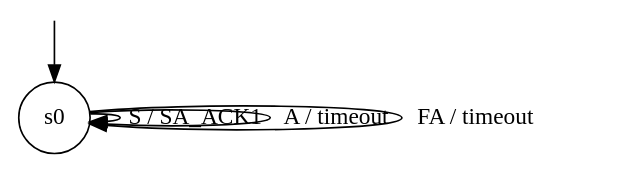
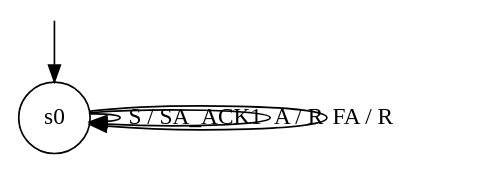
One commit to protocol-fuzzing/TCP-Fuzzer changed the diagram in experiments/models/ubuntu-linux-6.17.0-23-generic/hyp1.dot. Above: the diagram before and after it, drawn with Graphviz. The commit also changed 6 other files, not shown here.

```diff
--- a/experiments/models/ubuntu-linux-6.17.0-23-generic/hyp1.dot
+++ b/experiments/models/ubuntu-linux-6.17.0-23-generic/hyp1.dot
@@ -1,11 +1,11 @@
 digraph g {
 
 	s0 [shape="circle" label="s0"];
 	s0 -> s0 [label="S / SA_ACK1"];
-	s0 -> s0 [label="A / timeout"];
-	s0 -> s0 [label="FA / timeout"];
+	s0 -> s0 [label="A / R"];
+	s0 -> s0 [label="FA / R"];
 
 __start0 [label="" shape="none" width="0" height="0"];
 __start0 -> s0;
 
 }
```
